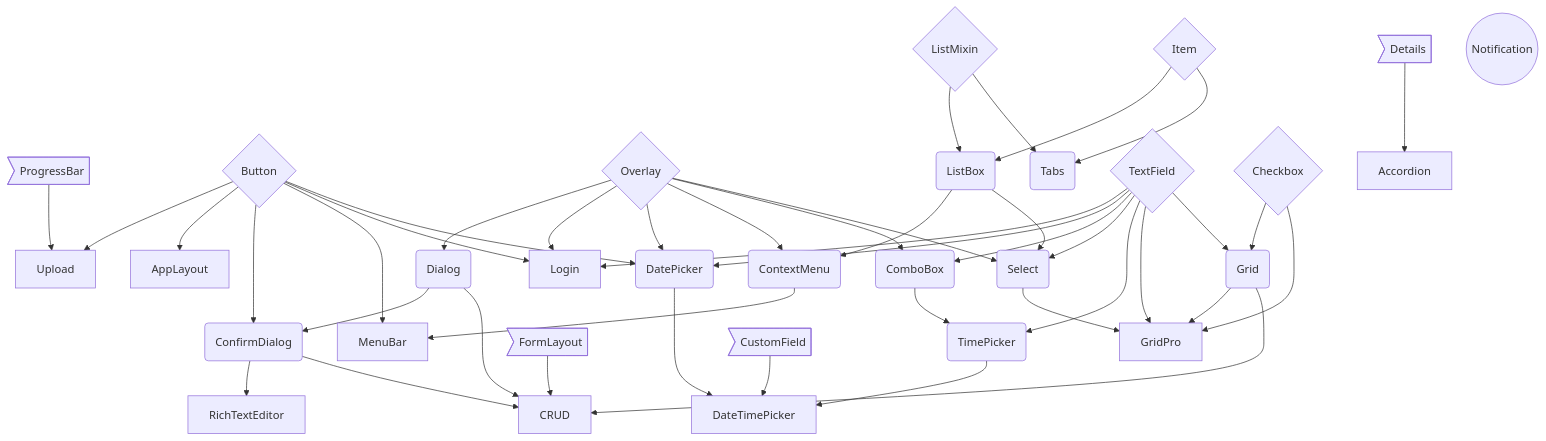
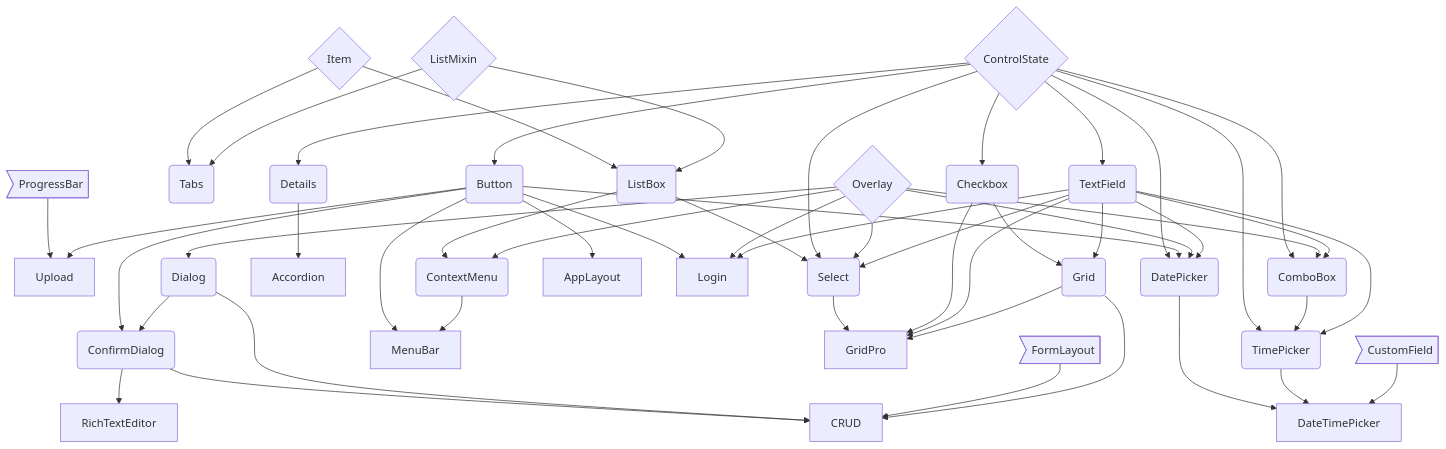
Before and after one commit to web-padawan/components-flowchart: the diagram in COMPONENTS.md, drawn with Mermaid.

Commit message:
Add control-state-mixin and rearrange chart

````diff
--- a/COMPONENTS.md
+++ b/COMPONENTS.md
@@ -1,74 +1,82 @@
 ```mermaid
 graph TB
 
 PB>ProgressBar]
-B{Button}
-O{Overlay}
+PB --> U[Upload]
+
 LM{ListMixin}
 I{Item}
-LM --> LB(ListBox)
-LM --> TB(Tabs)
-I --> LB
-I --> TB
 
-T{TextField}
-C{Checkbox}
-DT>Details]
-N((Notification))
+I --> TB(Tabs)
+I --> LB(ListBox)
+LM --> TB
+LM --> LB
+LB --> CM(ContextMenu)
+LB --> S(Select)
 
-PB --> U[Upload]
+CSM{ControlState}
+
+CSM --> DT(Details)
+DT --> A[Accordion]
+
+CSM --> B(Button)
+CSM --> C(Checkbox)
+CSM --> T(TextField)
+CSM --> CB(ComboBox)
+CSM --> DP(DatePicker)
+CSM --> TP(TimePicker)
+CSM --> S
 
 B --> U[Upload]
+B --> CD(ConfirmDialog)
 B --> AL[AppLayout]
-B --> CD(ConfirmDialog)
+B --> LG[Login]
 B --> MB[MenuBar]
-B --> LG[Login]
-B --> DP(DatePicker)
+B --> DP
 
+O{Overlay}
 O --> D(Dialog)
 O --> LG
 O --> DP
-O --> CM(ContextMenu)
-O --> CB(ComboBox)
-O --> S(Select)
+O --> CM
+O --> CB
+O --> S
 
-CB --> TP(TimePicker)
+CB --> TP
+
+CM --> MB
 
 D --> CD
-FL>FormLayout]
-FL --> CR[CRUD]
 
 T --> LG
 T --> DP
 T --> CB
 T --> S
 T --> TP
 
-LB --> CM
-LB --> S
-
 DP --> DTP[DateTimePicker]
 TP --> DTP
 
 CD --> RTE[RichTextEditor]
 
 S --> GP
-T --> GP
+C --> GP
+T --> GP[GridPro]
 
 CF>CustomField]
 CF --> DTP
 
 C --> G(Grid)
 T --> G
 
-C --> GP
 
-CM --> MB
+CD --> CR[CRUD]
+D --> CR
+G --> GP
 
-DT --> A[Accordion]
+FL>FormLayout]
+FL --> CR
 
-D --> CR
-G --> GP[GridPro]
-CD --> CR
 G --> CR
+
 ```
````
